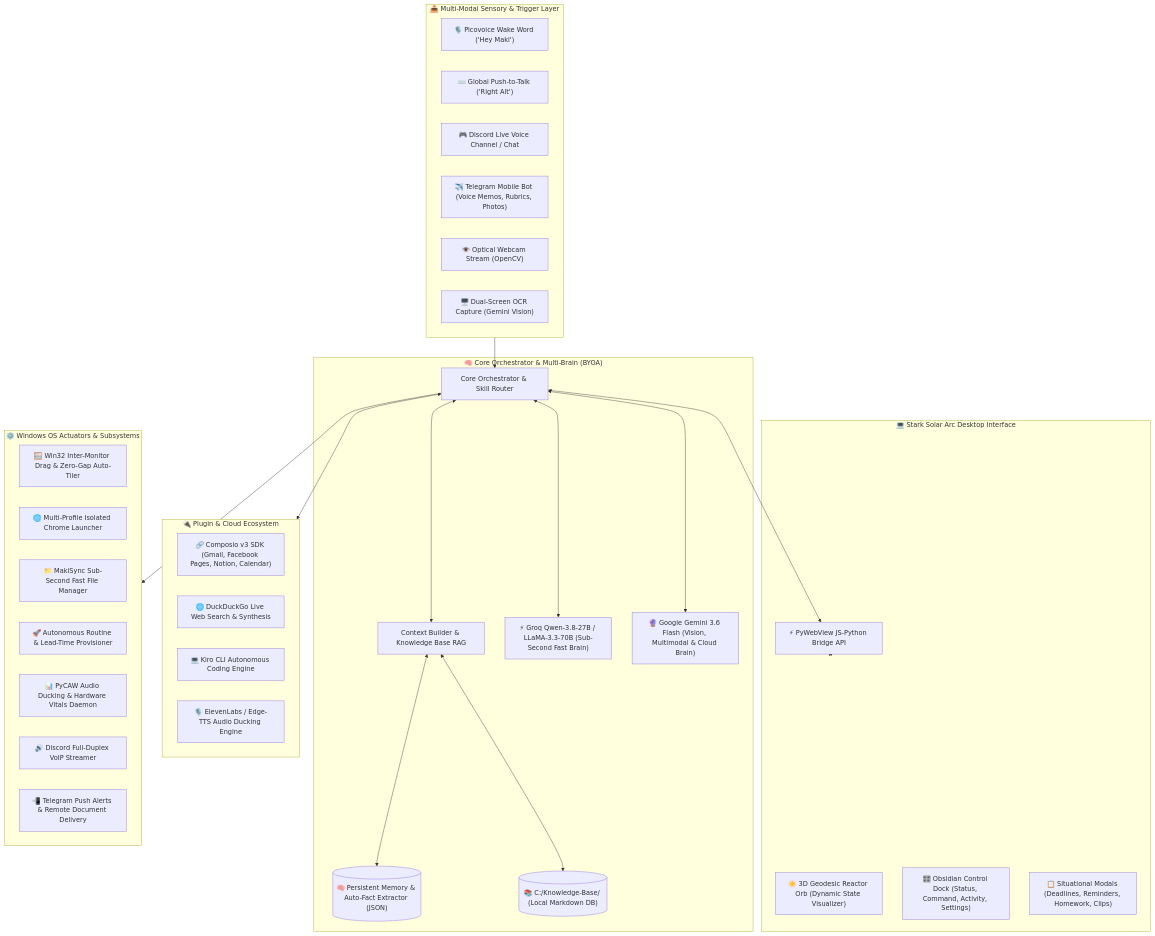
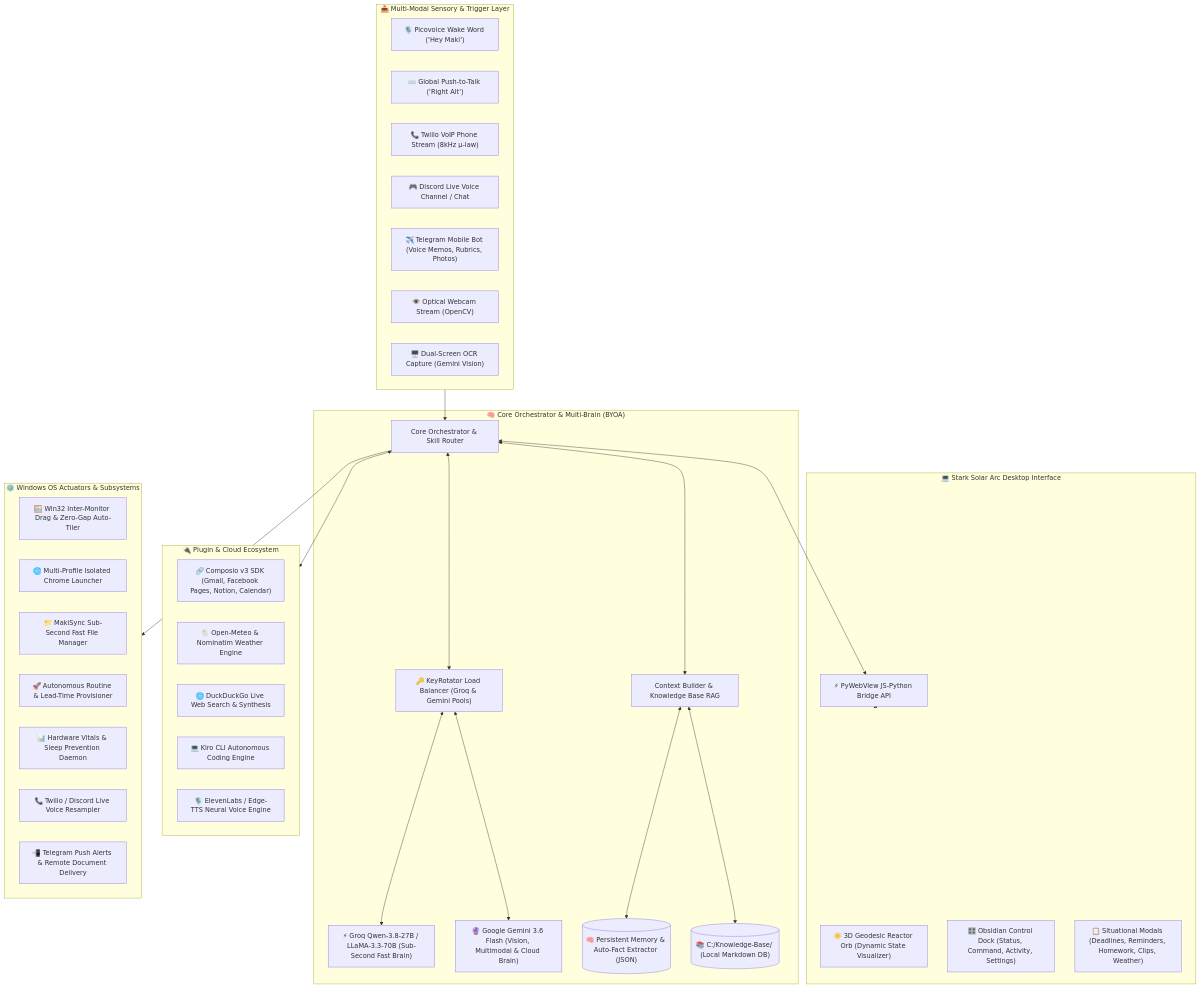
The diagram in README.md (makinity/MakiAI), drawn with Mermaid before and after one commit. The commit also changed other lines of this file and 1 other file, not shown here.

````diff
--- a/README.md
+++ b/README.md
@@ -65,55 +73,59 @@
 ```mermaid
 flowchart TB
     subgraph Sensory["📥 Multi-Modal Sensory & Trigger Layer"]
         WW["🎙️ Picovoice Wake Word ('Hey Maki')"]
         PTT["⌨️ Global Push-to-Talk ('Right Alt')"]
+        TEL["📞 Twilio VoIP Phone Stream (8kHz μ-law)"]
         DISC_IN["🎮 Discord Live Voice Channel / Chat"]
         TG_IN["✈️ Telegram Mobile Bot (Voice Memos, Rubrics, Photos)"]
         CAM["👁️ Optical Webcam Stream (OpenCV)"]
         SCR["🖥️ Dual-Screen OCR Capture (Gemini Vision)"]
     end
 
     subgraph CoreEngine["🧠 Core Orchestrator & Multi-Brain (BYOA)"]
         ORCH["Core Orchestrator & Skill Router"]
+        ROTATOR["🔑 KeyRotator Load Balancer (Groq & Gemini Pools)"]
         CTX["Context Builder & Knowledge Base RAG"]
         GROQ["⚡ Groq Qwen-3.8-27B / LLaMA-3.3-70B (Sub-Second Fast Brain)"]
         GEM["🔮 Google Gemini 3.6 Flash (Vision, Multimodal & Cloud Brain)"]
         MEM[("🧠 Persistent Memory & Auto-Fact Extractor (JSON)")]
         KB[("📚 C:/Knowledge-Base/ (Local Markdown DB)")]
     end
 
     subgraph Frontend["💻 Stark Solar Arc Desktop Interface"]
         CANVAS["☀️ 3D Geodesic Reactor Orb (Dynamic State Visualizer)"]
         DOCK["🎛️ Obsidian Control Dock (Status, Command, Activity, Settings)"]
-        MODALS["📋 Situational Modals (Deadlines, Reminders, Homework, Clips)"]
+        MODALS["📋 Situational Modals (Deadlines, Reminders, Homework, Clips, Weather)"]
         BRIDGE["⚡ PyWebView JS-Python Bridge API"]
     end
 
     subgraph Plugins["🔌 Plugin & Cloud Ecosystem"]
         COMP["🔗 Composio v3 SDK (Gmail, Facebook Pages, Notion, Calendar)"]
+        WEATHER["🌦️ Open-Meteo & Nominatim Weather Engine"]
         DDG["🌐 DuckDuckGo Live Web Search & Synthesis"]
         KIRO["💻 Kiro CLI Autonomous Coding Engine"]
-        EL["🎙️ ElevenLabs / Edge-TTS Audio Ducking Engine"]
+        EL["🎙️ ElevenLabs / Edge-TTS Neural Voice Engine"]
     end
 
     subgraph Actuators["⚙️ Windows OS Actuators & Subsystems"]
         WINDOW["🪟 Win32 Inter-Monitor Drag & Zero-Gap Auto-Tiler"]
         CHROME["🌐 Multi-Profile Isolated Chrome Launcher"]
         FILES["📁 MakiSync Sub-Second Fast File Manager"]
         ROUTINE["🚀 Autonomous Routine & Lead-Time Provisioner"]
-        SYSTEM["📊 PyCAW Audio Ducking & Hardware Vitals Daemon"]
-        DISC_OUT["🔊 Discord Full-Duplex VoIP Streamer"]
+        SYSTEM["📊 Hardware Vitals & Sleep Prevention Daemon"]
+        VOIP_OUT["📞 Twilio / Discord Live Voice Resampler"]
         TG_OUT["📲 Telegram Push Alerts & Remote Document Delivery"]
     end
 
     Sensory --> ORCH
+    ORCH <--> ROTATOR
+    ROTATOR <--> GROQ
+    ROTATOR <--> GEM
     ORCH <--> CTX
     CTX <--> KB
     CTX <--> MEM
-    ORCH <--> GROQ
-    ORCH <--> GEM
     ORCH <--> Plugins
     ORCH <--> BRIDGE
     BRIDGE <--> Frontend
     ORCH --> Actuators
 ```
````
